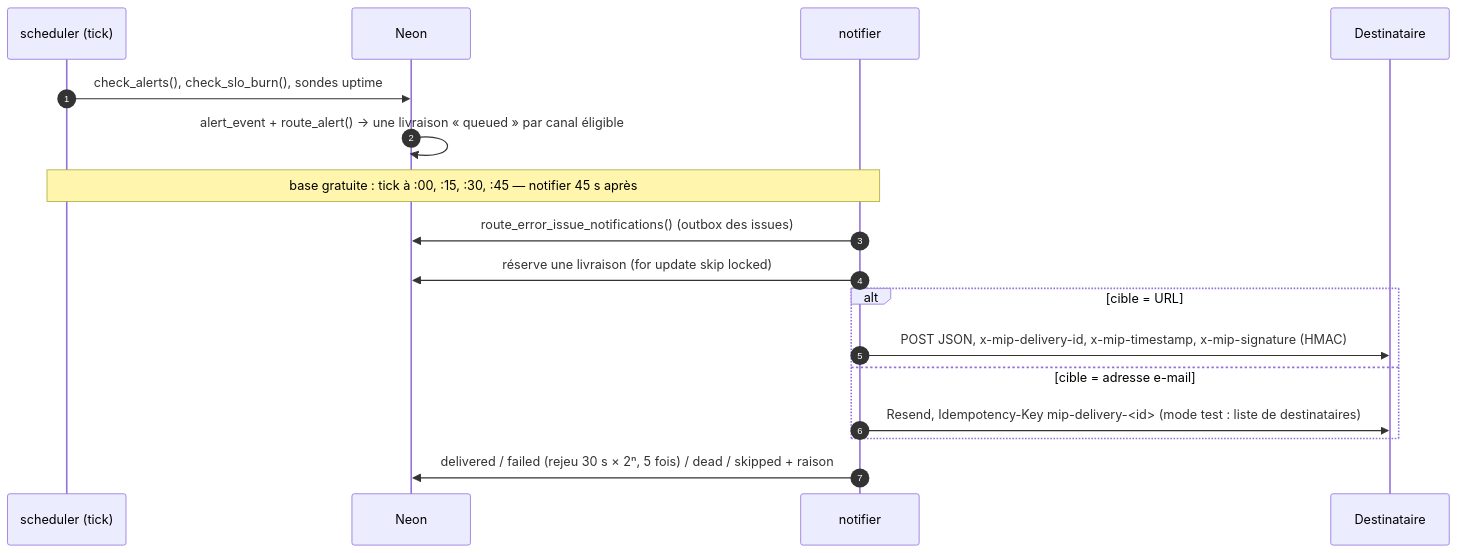
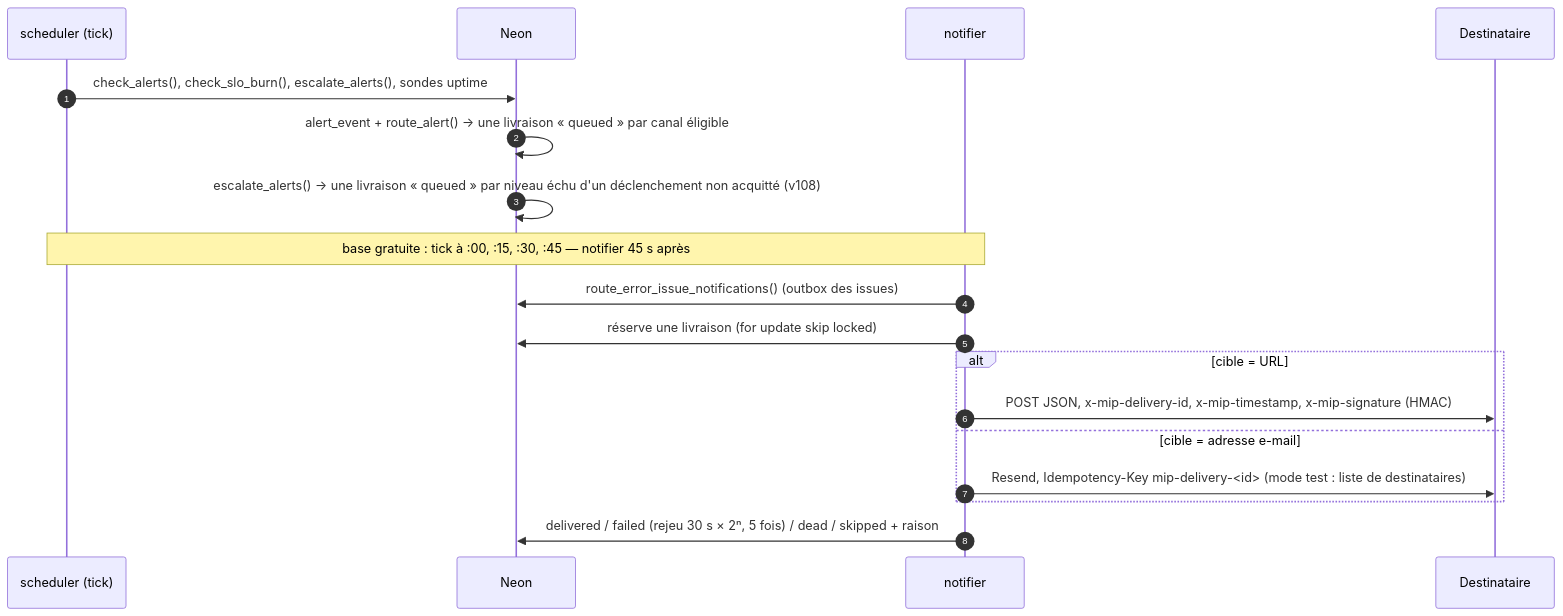
The third of 3 diagrams in docs/architecture/data-flow.md (jt33120/poc-MIP_RUM), drawn with Mermaid before and after one commit. The commit also changed other lines of this file and 8 other files, not shown here.

````diff
--- a/docs/architecture/data-flow.md
+++ b/docs/architecture/data-flow.md
@@ -73,19 +73,20 @@
 ```mermaid
 sequenceDiagram
   autonumber
   participant S as scheduler (tick)
   participant B as Neon
   participant L as notifier
   participant D as Destinataire
-  S->>B: check_alerts(), check_slo_burn(), sondes uptime
+  S->>B: check_alerts(), check_slo_burn(), escalate_alerts(), sondes uptime
   B->>B: alert_event + route_alert() → une livraison « queued » par canal éligible
+  B->>B: escalate_alerts() → une livraison « queued » par niveau échu d'un déclenchement non acquitté (v108)
   Note over S,L: base gratuite : tick à :00, :15, :30, :45 — notifier 45 s après
   L->>B: route_error_issue_notifications() (outbox des issues)
   L->>B: réserve une livraison (for update skip locked)
   alt cible = URL
     L->>D: POST JSON, x-mip-delivery-id, x-mip-timestamp, x-mip-signature (HMAC)
   else cible = adresse e-mail
     L->>D: Resend, Idempotency-Key mip-delivery-<id> (mode test : liste de destinataires)
   end
   L->>B: delivered / failed (rejeu 30 s × 2ⁿ, 5 fois) / dead / skipped + raison
 ```
````
